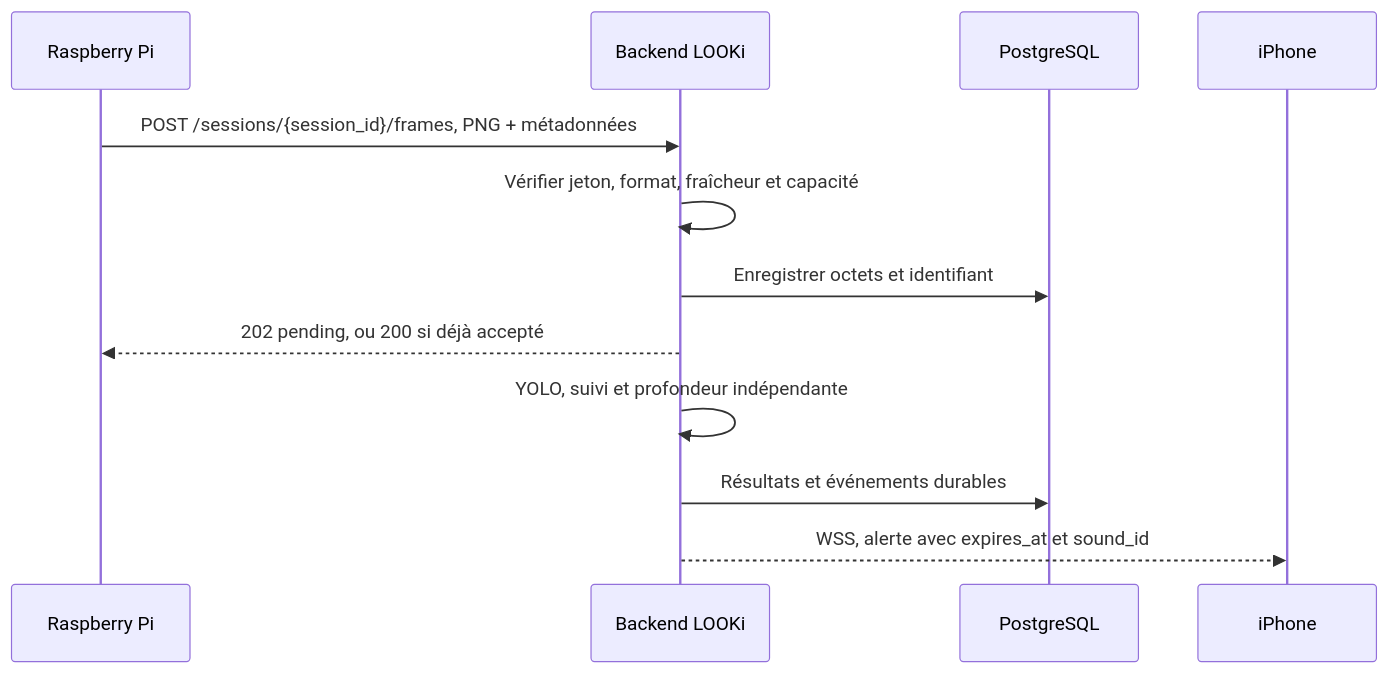
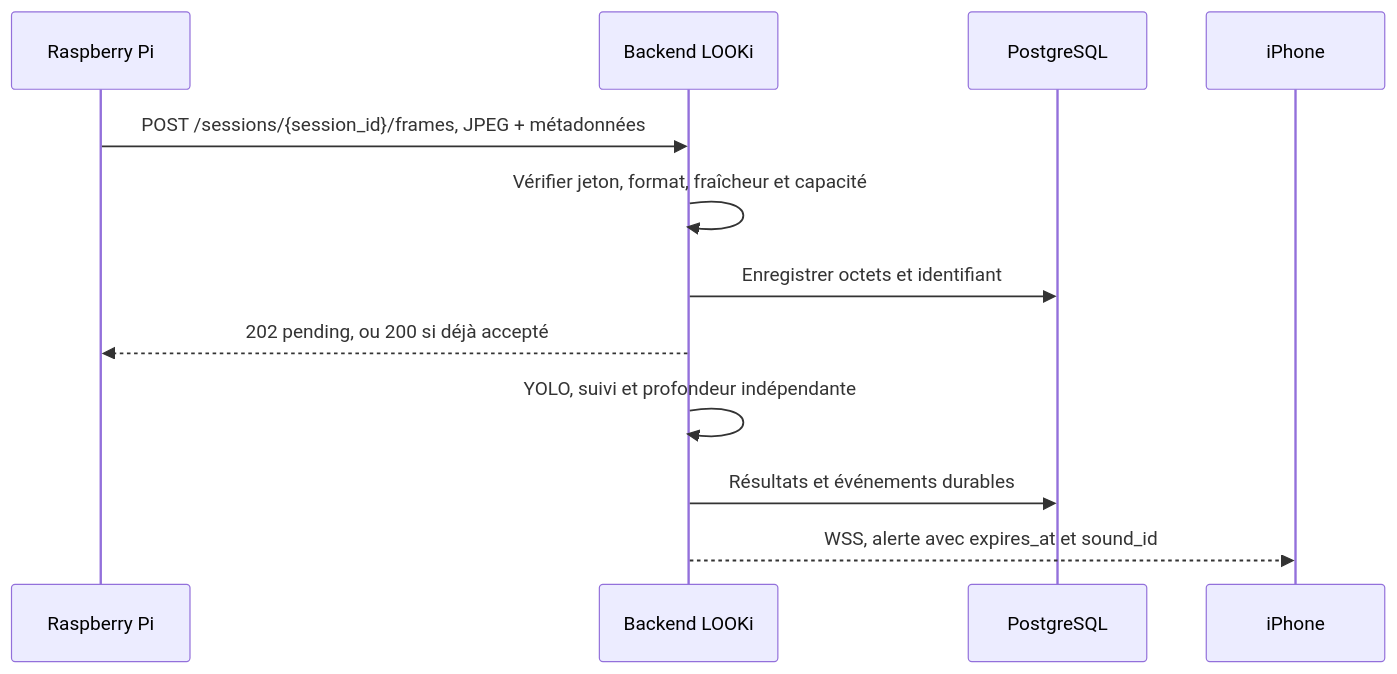
Before and after one commit to Mindsept/Looki--Vision: the diagram in contracts/raspberry-backend.md, drawn with Mermaid. The commit also changed other lines of this file and 26 other files, not shown here.

````diff
--- a/contracts/raspberry-backend.md
+++ b/contracts/raspberry-backend.md
@@ -11,14 +11,14 @@
 ```mermaid
 sequenceDiagram
     participant Pi as Raspberry Pi
     participant API as Backend LOOKi
     participant DB as PostgreSQL
     participant Mobile as iPhone
-    Pi->>API: POST /sessions/{session_id}/frames, PNG + métadonnées
+    Pi->>API: POST /sessions/{session_id}/frames, JPEG + métadonnées
     API->>API: Vérifier jeton, format, fraîcheur et capacité
     API->>DB: Enregistrer octets et identifiant
     API-->>Pi: 202 pending, ou 200 si déjà accepté
     API->>API: YOLO, suivi et profondeur indépendante
     API->>DB: Résultats et événements durables
     API-->>Mobile: WSS, alerte avec expires_at et sound_id
 ```
````
